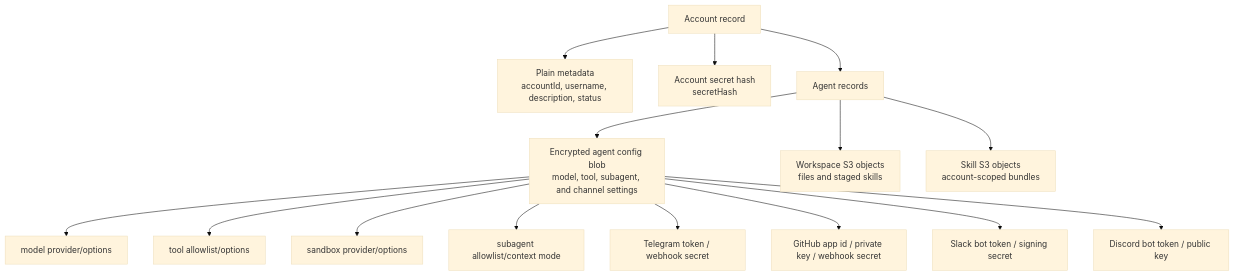
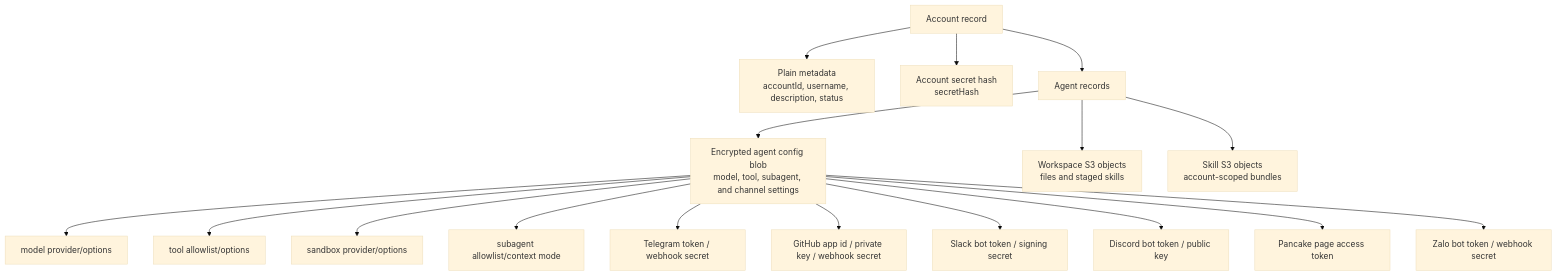
Before and after one commit to beeblastco/broods: the first of 2 diagrams in docs/data-security.md, drawn with Mermaid (base theme). The commit also changed other lines of this file and 69 other files, not shown here.

````diff
--- a/docs/data-security.md
+++ b/docs/data-security.md
@@ -7,18 +7,20 @@
 ```mermaid
 flowchart TD
   Account["Account record"] --> Meta["Plain metadata<br/>accountId, username, description, status"]
   Account --> Hash["Account secret hash<br/>secretHash"]
   Account --> Agent["Agent records"]
   Agent --> Config["Encrypted agent config blob<br/>model, tool, subagent, and channel settings"]
   Agent --> Workspace["Workspace S3 objects<br/>files and staged skills"]
   Agent --> Skills["Skill S3 objects<br/>account-scoped bundles"]
 
   Config --> Model["model provider/options"]
   Config --> Tools["tool allowlist/options"]
   Config --> Sandbox["sandbox provider/options"]
   Config --> Subagents["subagent allowlist/context mode"]
   Config --> Telegram["Telegram token / webhook secret"]
   Config --> GitHub["GitHub app id / private key / webhook secret"]
   Config --> Slack["Slack bot token / signing secret"]
   Config --> Discord["Discord bot token / public key"]
+  Config --> Pancake["Pancake page access token"]
+  Config --> Zalo["Zalo bot token / webhook secret"]
 ```
````
